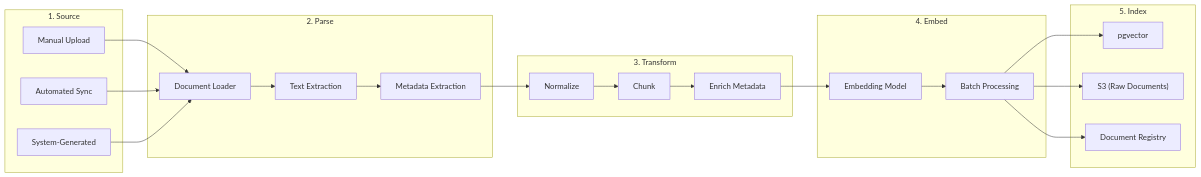
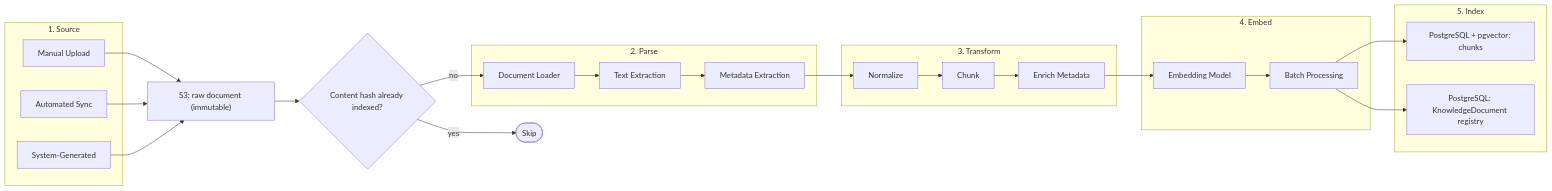
Before and after one commit to Sarishc/darwin-ux: the second of 2 diagrams in docs/DATA_PIPELINES.md, drawn with Mermaid. The commit also changed other lines of this file and 12 other files, not shown here.

Commit message:
docs: define DarwinUX system architecture

````diff
--- a/docs/DATA_PIPELINES.md
+++ b/docs/DATA_PIPELINES.md
@@ -180,41 +199,46 @@
 ```mermaid
 graph LR
     subgraph Source["1. Source"]
         UPLOAD["Manual Upload"]
         SYNC["Automated Sync"]
         SYSTEM["System-Generated"]
     end
 
     subgraph Parse["2. Parse"]
         LOADER["Document Loader"]
         EXTRACT["Text Extraction"]
         META["Metadata Extraction"]
     end
 
     subgraph Transform["3. Transform"]
         NORM["Normalize"]
         CHUNK["Chunk"]
         ENRICH["Enrich Metadata"]
     end
 
     subgraph Embed["4. Embed"]
         EMBED["Embedding Model"]
         BATCH["Batch Processing"]
     end
 
     subgraph Index["5. Index"]
-        PG["pgvector"]
-        S3["S3 (Raw Documents)"]
-        REG["Document Registry"]
+        PG["PostgreSQL + pgvector: chunks"]
+        REG["PostgreSQL: KnowledgeDocument registry"]
     end
 
-    UPLOAD --> LOADER
-    SYNC --> LOADER
-    SYSTEM --> LOADER
+    RAW["S3: raw document (immutable)"]
+    HASH{"Content hash already indexed?"}
+    SKIP(["Skip"])
+
+    UPLOAD --> RAW
+    SYNC --> RAW
+    SYSTEM --> RAW
+    RAW --> HASH
+    HASH -->|yes| SKIP
+    HASH -->|no| LOADER
     LOADER --> EXTRACT --> META
     META --> NORM --> CHUNK --> ENRICH
     ENRICH --> EMBED --> BATCH
     BATCH --> PG
-    BATCH --> S3
     BATCH --> REG
 ```
````
